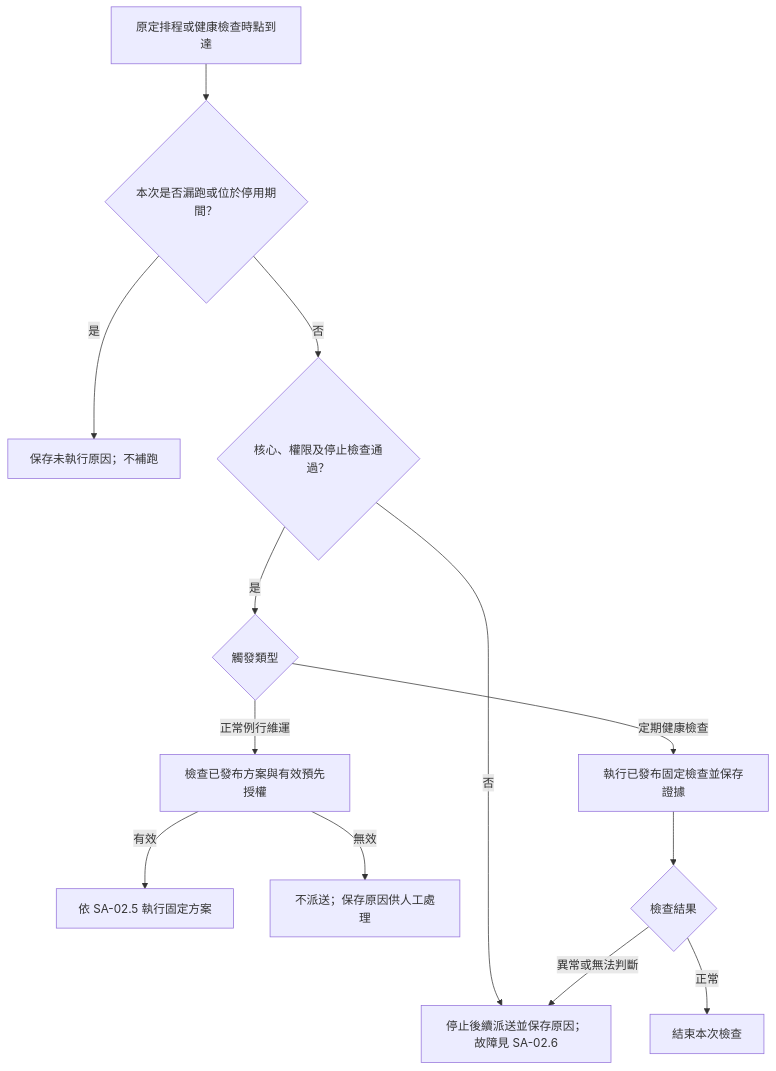
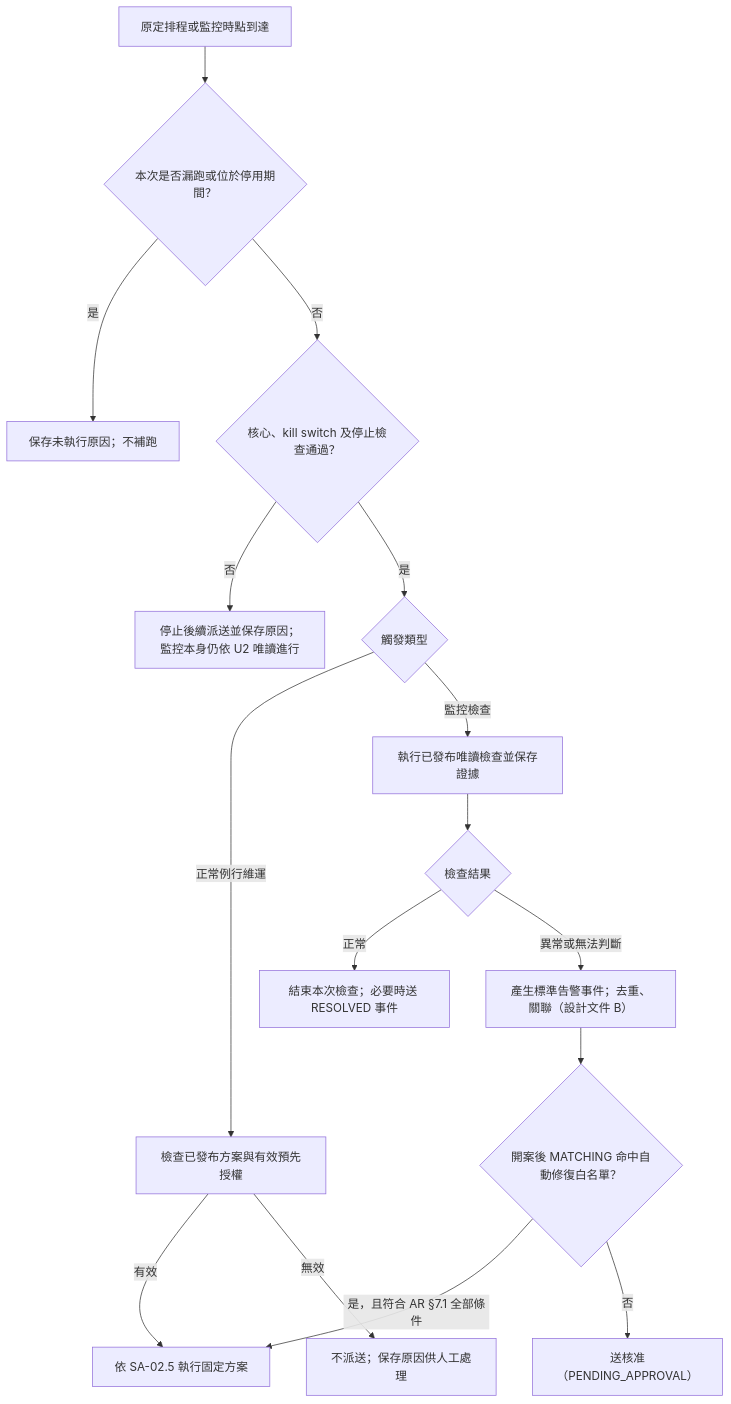
The third of 6 diagrams in doc/specifications/DevOps_智慧維運應用系統分析規格書_草案.md (lancehuang58/ai-devops-platform), drawn with Mermaid before and after one commit. The commit also changed other lines of this file, not shown here.

````diff
--- a/doc/specifications/DevOps_智慧維運應用系統分析規格書_草案.md
+++ b/doc/specifications/DevOps_智慧維運應用系統分析規格書_草案.md
@@ -700,15 +669,18 @@
 ```mermaid
 flowchart TD
-    A["原定排程或健康檢查時點到達"] --> B{"本次是否漏跑或位於停用期間？"}
+    A["原定排程或監控時點到達"] --> B{"本次是否漏跑或位於停用期間？"}
     B -->|是| S["保存未執行原因；不補跑"]
-    B -->|否| C{"核心、權限及停止檢查通過？"}
-    C -->|否| H["停止後續派送並保存原因；故障見 SA-02.6"]
+    B -->|否| C{"核心、kill switch 及停止檢查通過？"}
+    C -->|否| H["停止後續派送並保存原因；監控本身仍依 U2 唯讀進行"]
     C -->|是| D{"觸發類型"}
     D -->|正常例行維運| E["檢查已發布方案與有效預先授權"]
     E -->|有效| F["依 SA-02.5 執行固定方案"]
     E -->|無效| R["不派送；保存原因供人工處理"]
-    D -->|定期健康檢查| G["執行已發布固定檢查並保存證據"]
+    D -->|監控檢查| G["執行已發布唯讀檢查並保存證據"]
     G --> J{"檢查結果"}
-    J -->|正常| K["結束本次檢查"]
-    J -->|異常或無法判斷| H
+    J -->|正常| K["結束本次檢查；必要時送 RESOLVED 事件"]
+    J -->|異常或無法判斷| M["產生標準告警事件；去重、關聯（設計文件 B）"]
+    M --> N{"開案後 MATCHING 命中自動修復白名單？"}
+    N -->|是，且符合 AR §7.1 全部條件| F
+    N -->|否| P["送核准（PENDING_APPROVAL）"]
 ```
````
